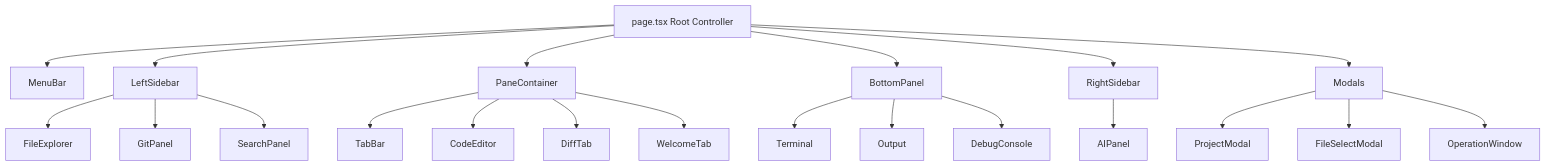
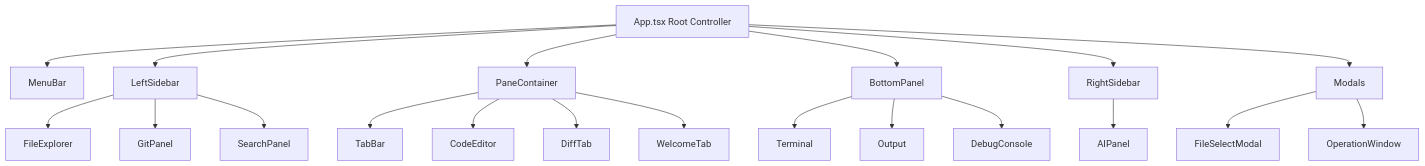
The first of 25 diagrams in docs/UI-COMPONENTS.md (Stasshe/Pyxis-CodeCanvas), drawn with Mermaid before and after one commit. The commit also changed other lines of this file and 330 other files, not shown here.

````diff
--- a/docs/UI-COMPONENTS.md
+++ b/docs/UI-COMPONENTS.md
@@ -13,28 +13,27 @@
 ```mermaid
 graph TB
-    A[page.tsx Root Controller] --> B[MenuBar]
+    A[App.tsx Root Controller] --> B[MenuBar]
     A --> C[LeftSidebar]
     A --> D[PaneContainer]
     A --> E[BottomPanel]
     A --> F[RightSidebar]
     A --> G[Modals]
     
     C --> C1[FileExplorer]
     C --> C2[GitPanel]
     C --> C3[SearchPanel]
     
     D --> D1[TabBar]
     D --> D2[CodeEditor]
     D --> D3[DiffTab]
     D --> D4[WelcomeTab]
     
     E --> E1[Terminal]
     E --> E2[Output]
     E --> E3[DebugConsole]
     
     F --> F1[AIPanel]
     
-    G --> G1[ProjectModal]
-    G --> G2[FileSelectModal]
-    G --> G3[OperationWindow]
+    G --> G1[FileSelectModal]
+    G --> G2[OperationWindow]
 ```
````
